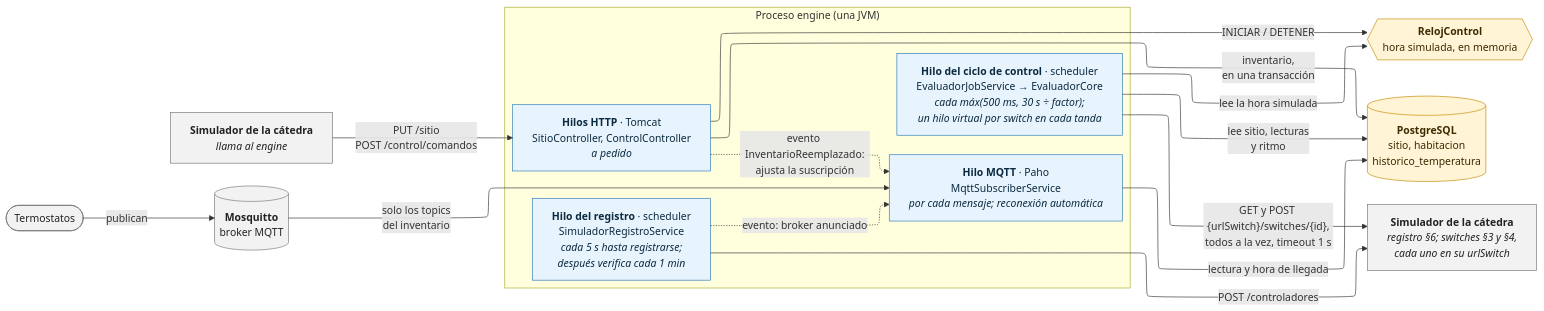
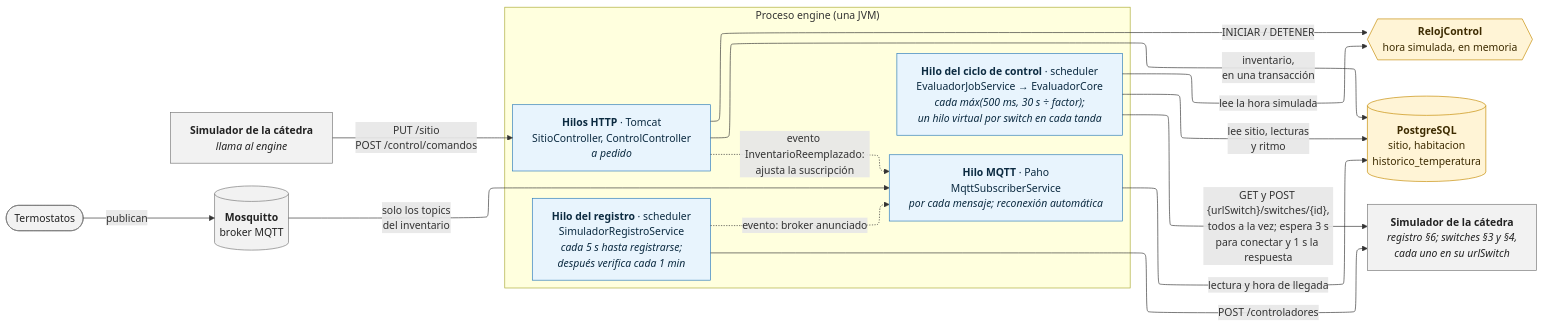
One commit to guzmanbarbatto/iiss-2026-grupo-3-vespertino changed the diagram in docs/arquitectura/diagramas/vista-procesos-hilos.mmd. Above: the diagram before and after it, drawn with Mermaid. The commit also changed 15 other files, not shown here.

```diff
--- a/docs/arquitectura/diagramas/vista-procesos-hilos.mmd
+++ b/docs/arquitectura/diagramas/vista-procesos-hilos.mmd
@@ -1,45 +1,45 @@
 ---
 config:
   layout: elk
   flowchart:
     wrappingWidth: 320
 ---
 %% Vista de Procesos: los flujos concurrentes del engine y lo que comparten.
 %% El simulador aparece dos veces: a la izquierda cuando llama al engine y a la derecha cuando el engine lo llama.
 %% Se renderiza a ../VistaProcesosHilos.png (ver docs/arquitectura/diagramas/README.md).
 flowchart LR
     SIMC["<b>Simulador de la cátedra</b><br/><i>llama al engine</i>"]
     TERM(["Termostatos"])
     MQ[("<b>Mosquitto</b><br/>broker MQTT")]
 
     subgraph ENGINE["Proceso engine (una JVM)"]
         HTTP["<b>Hilos HTTP</b> · Tomcat<br/>SitioController, ControlController<br/><i>a pedido</i>"]
         REG["<b>Hilo del registro</b> · scheduler<br/>SimuladorRegistroService<br/><i>cada 5 s hasta registrarse;<br/>después verifica cada 1 min</i>"]
         CICLO["<b>Hilo del ciclo de control</b> · scheduler<br/>EvaluadorJobService → EvaluadorCore<br/><i>cada máx(500 ms, 30 s ÷ factor);<br/>un hilo virtual por switch en cada tanda</i>"]
         SUB["<b>Hilo MQTT</b> · Paho<br/>MqttSubscriberService<br/><i>por cada mensaje; reconexión automática</i>"]
     end
 
     RELOJ{{"<b>RelojControl</b><br/>hora simulada, en memoria"}}
     DB[("<b>PostgreSQL</b><br/>sitio, habitacion<br/>historico_temperatura")]
     SIMS["<b>Simulador de la cátedra</b><br/><i>registro §6; switches §3 y §4,<br/>cada uno en su urlSwitch</i>"]
 
     SIMC -- "PUT /sitio<br/>POST /control/comandos" --> HTTP
     TERM -- "publican" --> MQ
     MQ -- "solo los topics<br/>del inventario" --> SUB
 
     HTTP -- "INICIAR / DETENER" --> RELOJ
     HTTP -- "inventario,<br/>en una transacción" --> DB
     HTTP -. "evento InventarioReemplazado:<br/>ajusta la suscripción" .-> SUB
     REG -- "POST /controladores" --> SIMS
     REG -. "evento: broker anunciado" .-> SUB
     CICLO -- "lee la hora simulada" --> RELOJ
     CICLO -- "lee sitio, lecturas<br/>y ritmo" --> DB
-    CICLO -- "GET y POST {urlSwitch}/switches/{id},<br/>todos a la vez, timeout 1 s" --> SIMS
+    CICLO -- "GET y POST {urlSwitch}/switches/{id},<br/>todos a la vez; espera 3 s<br/>para conectar y 1 s la respuesta" --> SIMS
     SUB -- "lectura y hora de llegada" --> DB
 
     classDef hilo fill:#e8f4fd,stroke:#2b7bb9,color:#0b2a40
     classDef compartido fill:#fff4d6,stroke:#c48a00,color:#3d2b00
     classDef externo fill:#f2f2f2,stroke:#777,color:#222
     class HTTP,REG,SUB,CICLO hilo
     class RELOJ,DB compartido
     class SIMC,SIMS,TERM,MQ externo
```
